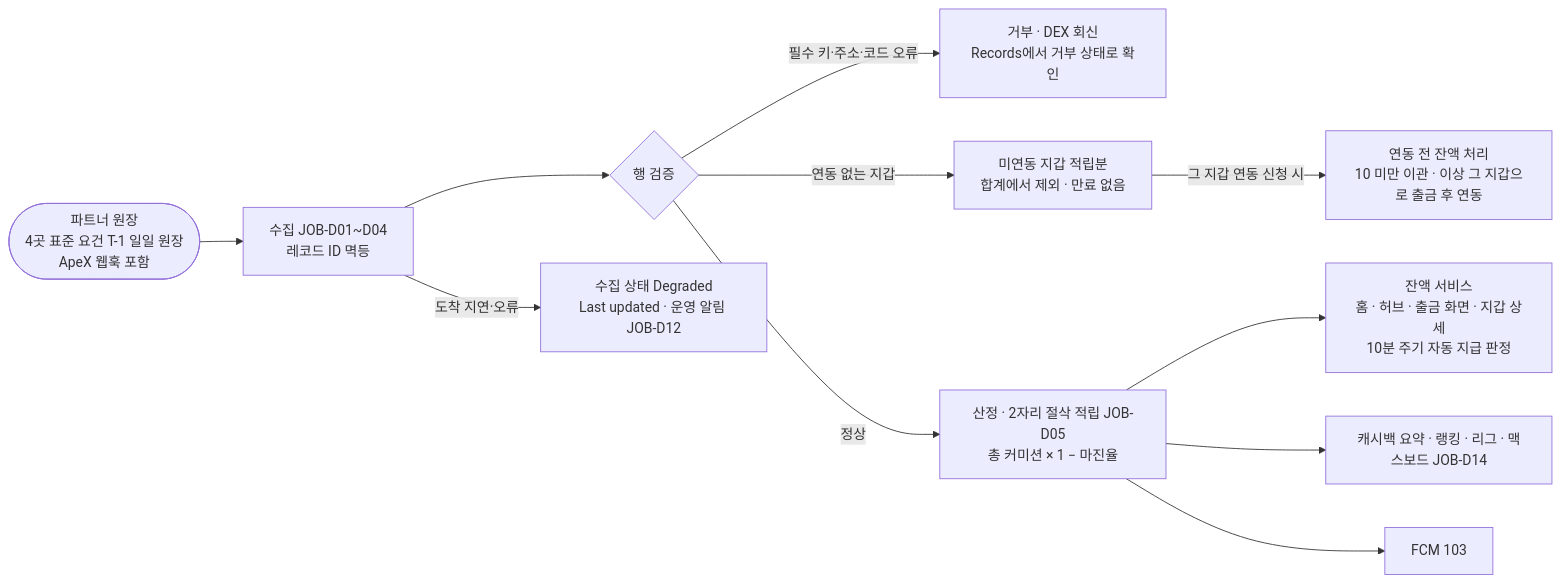
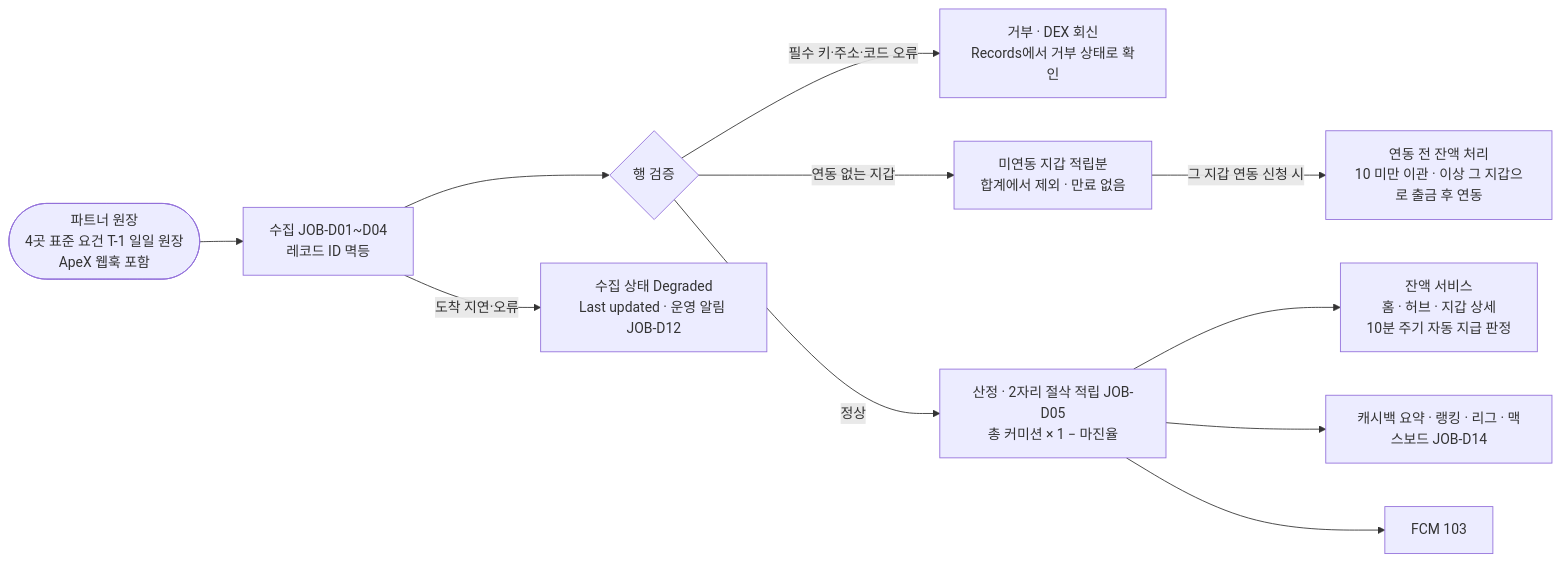
One commit to matthewforwork1213-collab/dex changed the third of 6 diagrams in 02.기획문서/정보구조도_백오피스.md. Above: the diagram before and after it, drawn with Mermaid. The commit also changed other lines of this file and 2014 other files, not shown here.

````diff
--- a/02.기획문서/정보구조도_백오피스.md
+++ b/02.기획문서/정보구조도_백오피스.md
@@ -99,13 +99,13 @@
 ```mermaid
 flowchart LR
     SRC([파트너 원장<br/>4곳 표준 요건 T-1 일일 원장<br/>ApeX 웹훅 포함]) --> IN[수집 JOB-D01~D04<br/>레코드 ID 멱등]
     IN --> VAL{행 검증}
     VAL -->|필수 키·주소·코드 오류| REJ[거부 · DEX 회신<br/>Records에서 거부 상태로 확인]
     VAL -->|연동 없는 지갑| UQ[미연동 지갑 적립분<br/>합계에서 제외 · 만료 없음]
     UQ -->|그 지갑 연동 신청 시| ALL[연동 전 잔액 처리<br/>10 미만 이관 · 이상 그 지갑으로 출금 후 연동]
     VAL -->|정상| CAL[산정 · 2자리 절삭 적립 JOB-D05<br/>총 커미션 × 1 − 마진율]
-    CAL --> BAL[잔액 서비스<br/>홈 · 허브 · 출금 화면 · 지갑 상세<br/>10분 주기 자동 지급 판정]
+    CAL --> BAL[잔액 서비스<br/>홈 · 허브 · 지갑 상세<br/>10분 주기 자동 지급 판정]
     CAL --> SUM[캐시백 요약 · 랭킹 · 리그 · 맥스보드 JOB-D14]
     CAL --> N[FCM 103]
     IN -->|도착 지연·오류| DEG[수집 상태 Degraded<br/>Last updated · 운영 알림 JOB-D12]
 ```
````
